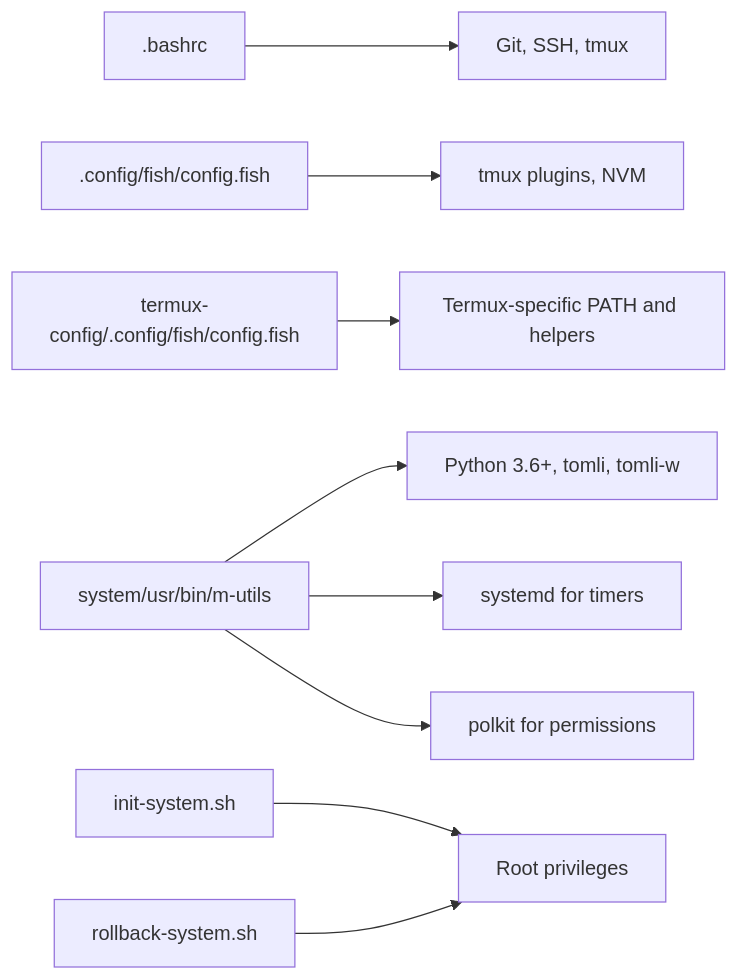
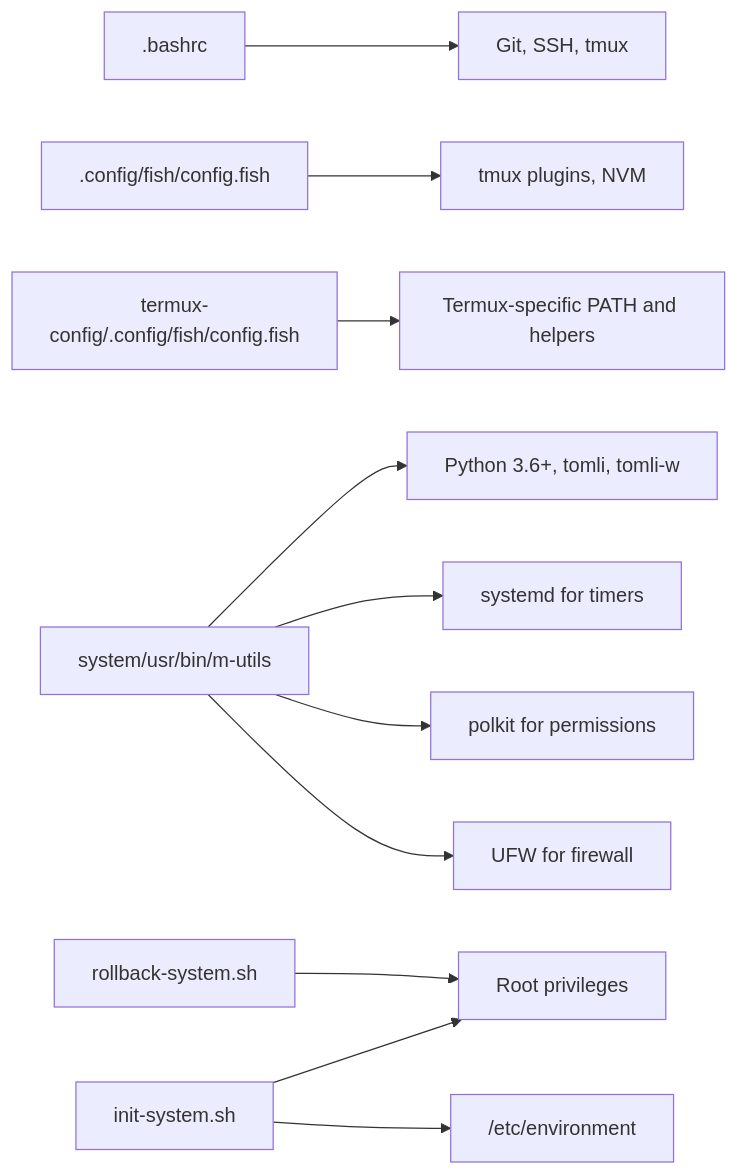
One commit to cr8ivecodesmith/dotfiles changed the ninth of 9 diagrams in .qoder/repowiki/en/content/System Integration/System Integration.md. Above: the diagram before and after it, drawn with Mermaid. The commit also changed other lines of this file and 5 other files, not shown here.

````diff
--- a/.qoder/repowiki/en/content/System Integration/System Integration.md
+++ b/.qoder/repowiki/en/content/System Integration/System Integration.md
@@ -479,11 +554,13 @@
 ```mermaid
 graph LR
 Bash[".bashrc"] --> Tools1["Git, SSH, tmux"]
 Fish[".config/fish/config.fish"] --> Tools2["tmux plugins, NVM"]
 Termux["termux-config/.config/fish/config.fish"] --> Tools3["Termux-specific PATH and helpers"]
 MUtils["system/usr/bin/m-utils"] --> Python["Python 3.6+, tomli, tomli-w"]
 MUtils --> Systemd["systemd for timers"]
 MUtils --> Polkit["polkit for permissions"]
+MUtils --> UFW["UFW for firewall"]
 InitSys["init-system.sh"] --> Root["Root privileges"]
 RollbackSys["rollback-system.sh"] --> Root
+InitSys --> Env["/etc/environment"]
 ```
````
